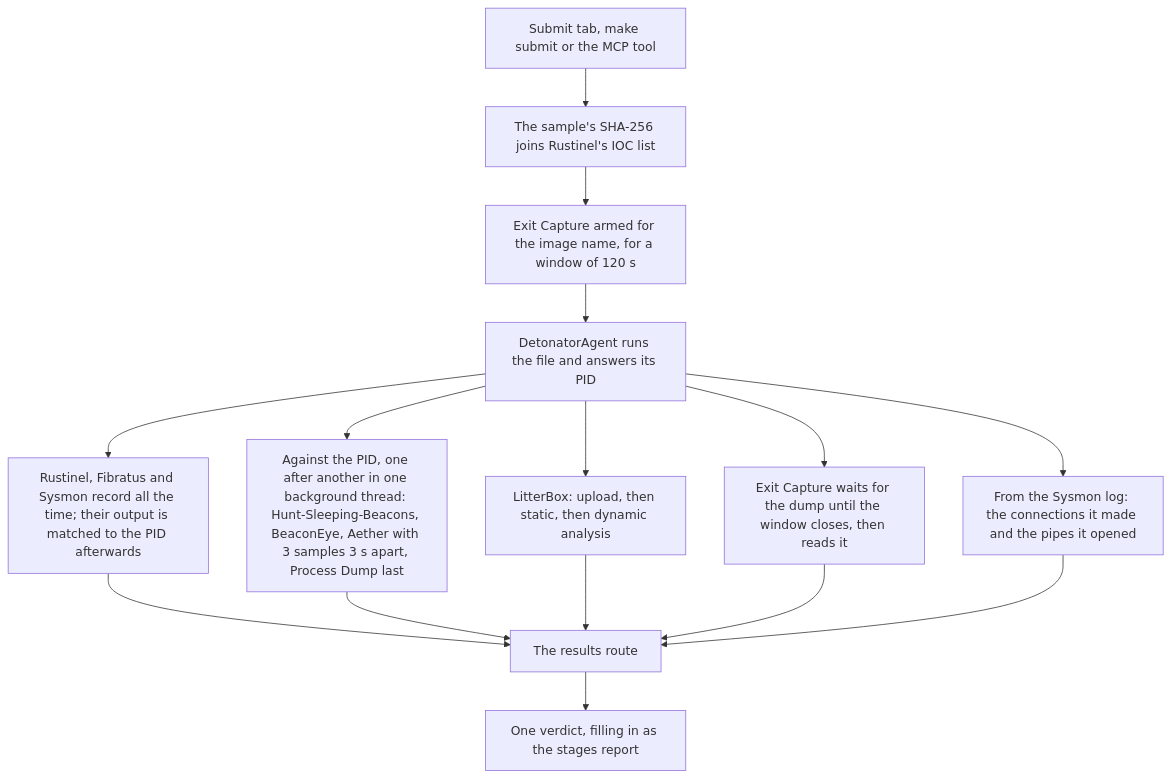
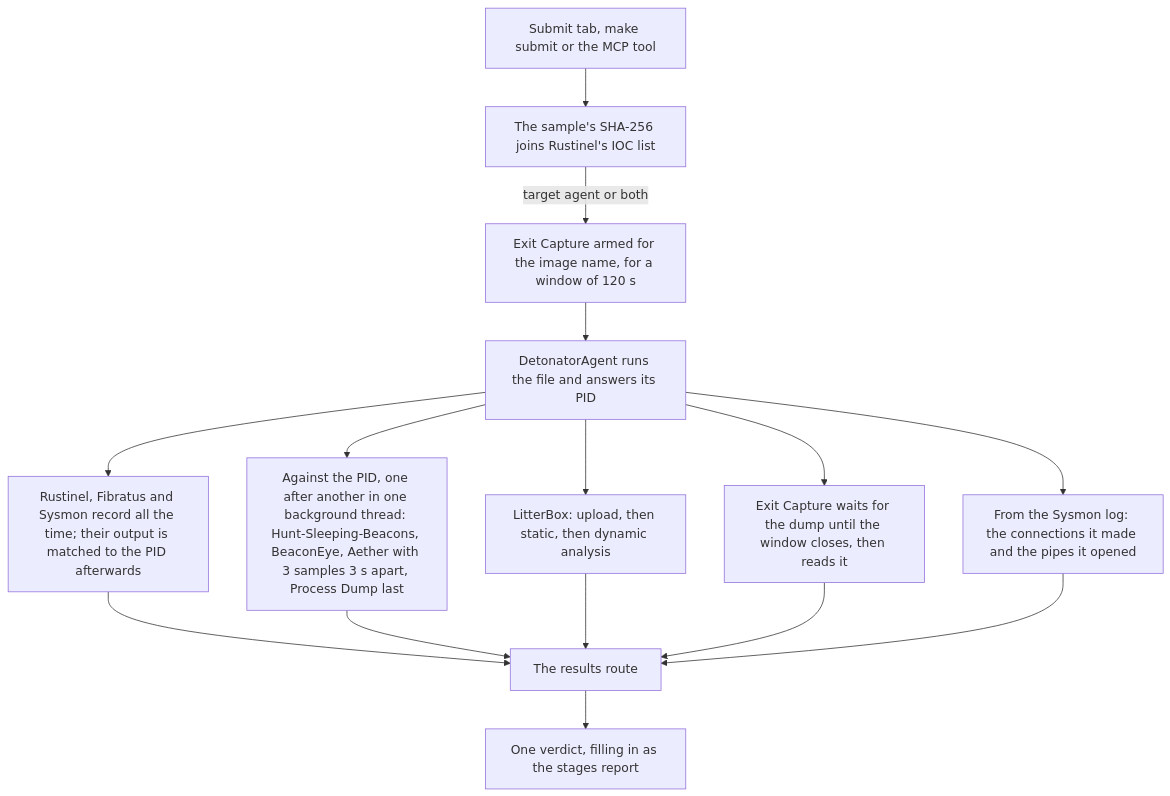
One commit to BenjiTrapp/benjitrapp.github.io changed the diagram in _posts/2026-06-13-transportable-detonation-chamber.md. Above: the diagram before and after it, drawn with Mermaid. The commit also changed other lines of this file, not shown here.

```diff
--- a/_posts/2026-06-13-transportable-detonation-chamber.md
+++ b/_posts/2026-06-13-transportable-detonation-chamber.md
@@ -177,17 +177,17 @@
 <pre class="mermaid">
 flowchart TB
     SUBMIT["Submit tab, make submit or the MCP tool"] --> IOC["The sample's SHA-256 joins Rustinel's IOC list"]
-    IOC --> ARM["Exit Capture armed for the image name, for a window of 120 s"]
+    IOC -->|"target agent or both"| ARM["Exit Capture armed for the image name, for a window of 120 s"]
     ARM --> RUN["DetonatorAgent runs the file and answers its PID"]
     RUN --> ENGINES["Rustinel, Fibratus and Sysmon record all the time; their output is matched to the PID afterwards"]
     RUN --> MEM["Against the PID, one after another in one background thread: Hunt-Sleeping-Beacons, BeaconEye, Aether with 3 samples 3 s apart, Process Dump last"]
     RUN --> LB["LitterBox: upload, then static, then dynamic analysis"]
     RUN --> EXIT["Exit Capture waits for the dump until the window closes, then reads it"]
     RUN --> LOG["From the Sysmon log: the connections it made and the pipes it opened"]
     ENGINES --> RESULTS["The results route"]
     MEM --> RESULTS
     LB --> RESULTS
     EXIT --> RESULTS
     LOG --> RESULTS
     RESULTS --> VERDICT["One verdict, filling in as the stages report"]
 </pre>
```
